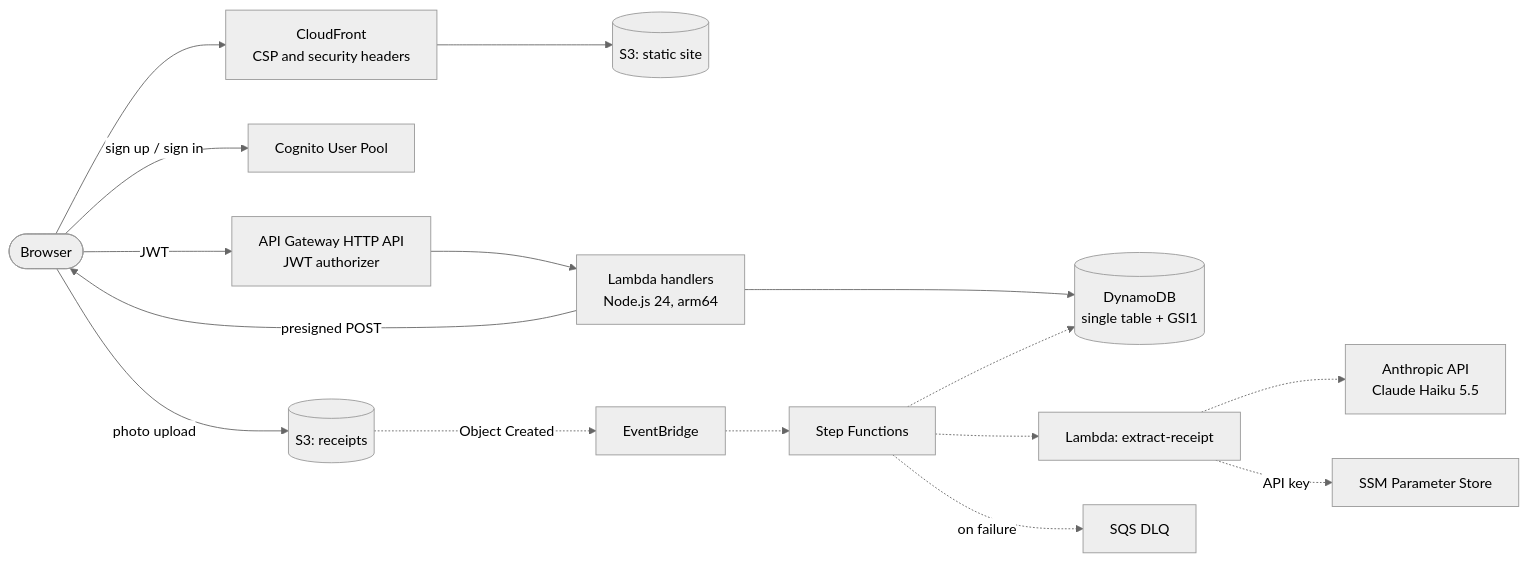
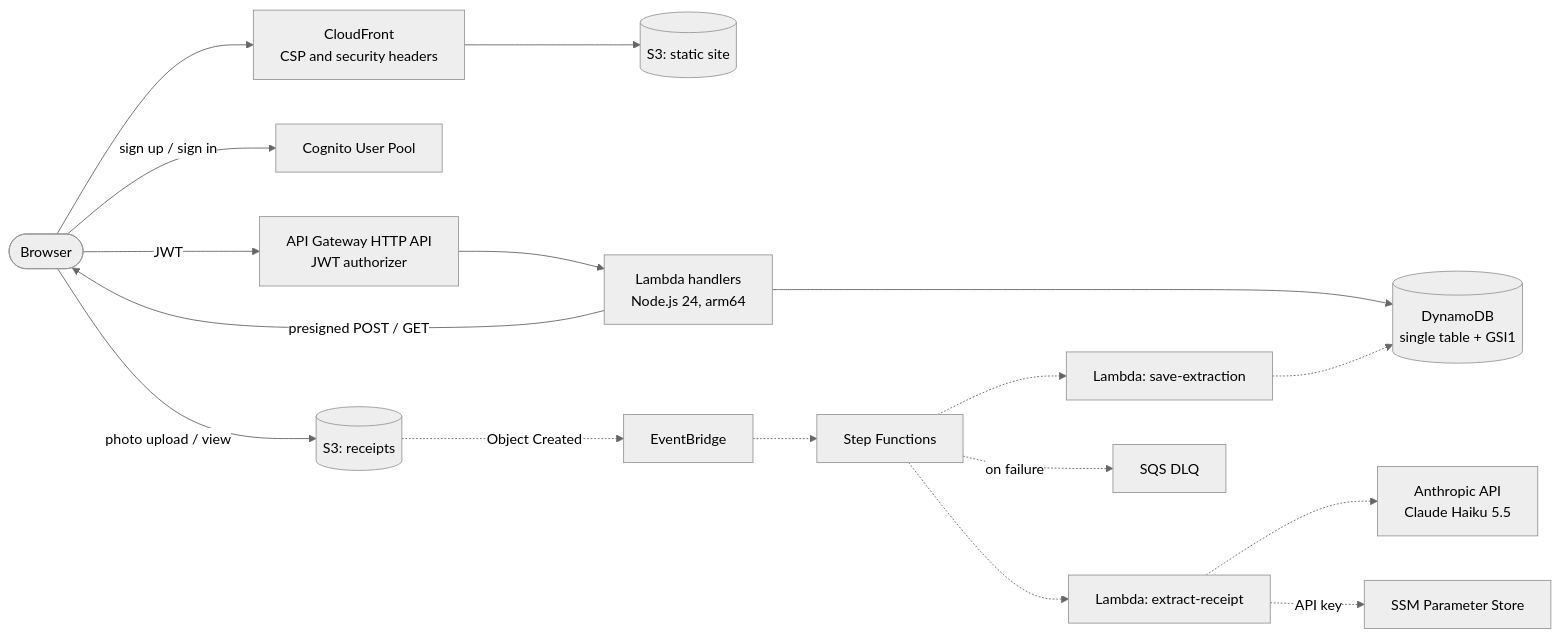
One commit to faber1999/receipts-app-aws changed the first of 2 diagrams in README.md. Above: the diagram before and after it, drawn with Mermaid (neutral theme). The commit also changed other lines of this file and 4 other files, not shown here.

First line of the commit message:
docs: document the receipt review flow and the processing workflow

````diff
--- a/README.md
+++ b/README.md
@@ -23,18 +25,19 @@
 ```mermaid
 flowchart LR
   user([Browser]) --> cf[CloudFront<br/>CSP and security headers]
   cf --> site[(S3: static site)]
   user -- sign up / sign in --> cognito[Cognito User Pool]
   user -- JWT --> apigw[API Gateway HTTP API<br/>JWT authorizer]
   apigw --> lambdas[Lambda handlers<br/>Node.js 24, arm64]
   lambdas --> ddb[(DynamoDB<br/>single table + GSI1)]
-  lambdas -- presigned POST --> user
-  user -- photo upload --> receipts[(S3: receipts)]
+  lambdas -- presigned POST / GET --> user
+  user -- photo upload / view --> receipts[(S3: receipts)]
   receipts -. Object Created .-> eb[EventBridge]
   eb -.-> sfn[Step Functions]
   sfn -.-> extract[Lambda: extract-receipt]
   extract -.-> ai[Anthropic API<br/>Claude Haiku 5.5]
   extract -. API key .-> ssm[SSM Parameter Store]
-  sfn -.-> ddb
+  sfn -.-> save[Lambda: save-extraction]
+  save -.-> ddb
   sfn -. on failure .-> dlq[SQS DLQ]
 ```
````
